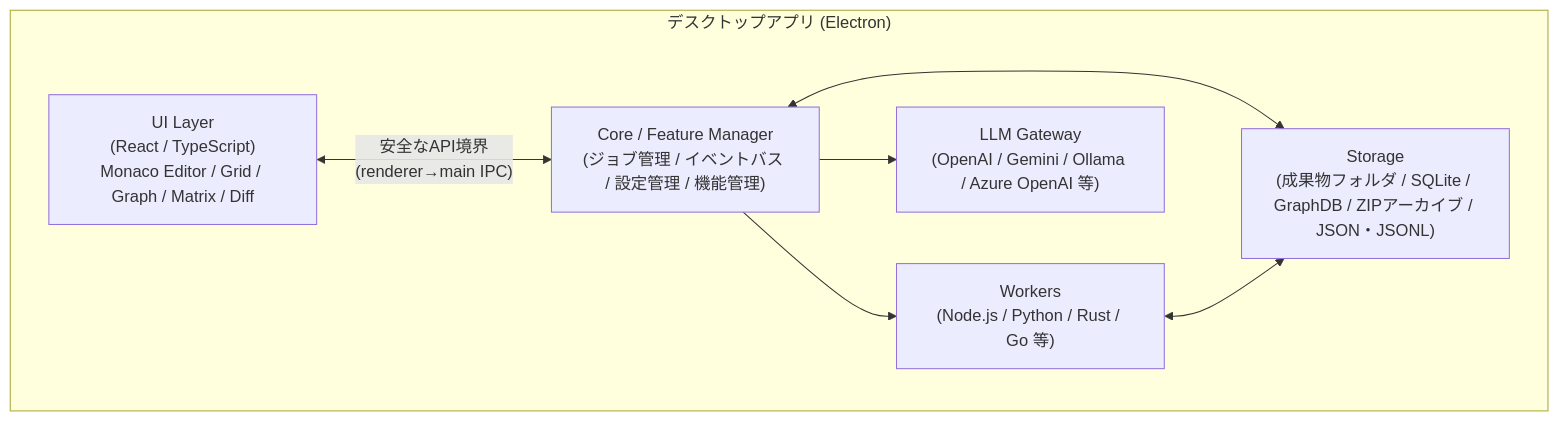
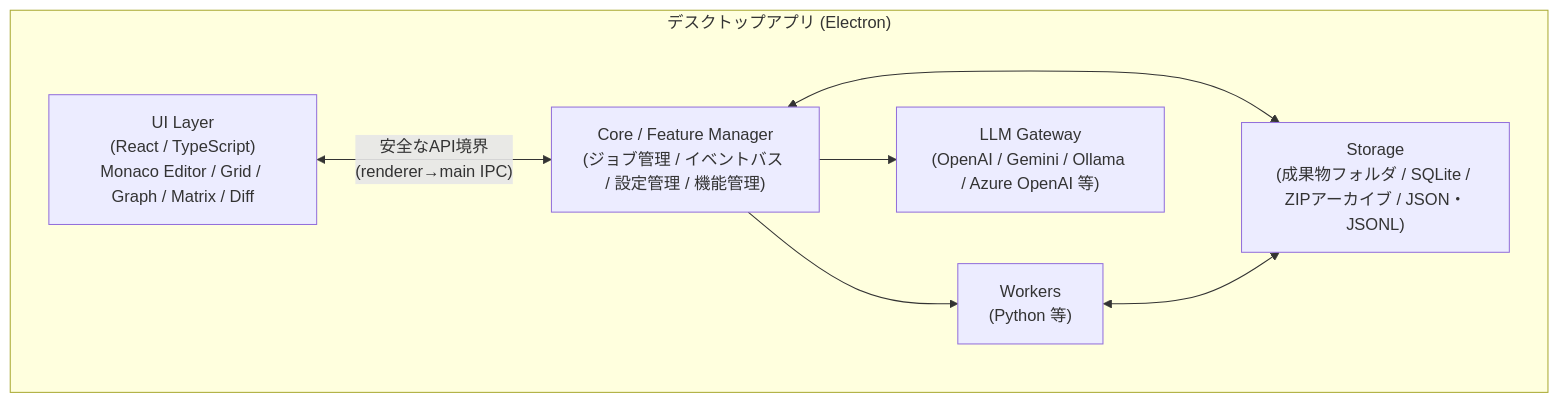
Before and after one commit to kfuruichi0920/d2d: the second of 2 diagrams in docs/srs.md, drawn with Mermaid. The commit also changed other lines of this file and 3 other files, not shown here.

````diff
--- a/docs/srs.md
+++ b/docs/srs.md
@@ -145,16 +145,16 @@
 ```mermaid
 graph TD
     subgraph App["デスクトップアプリ (Electron)"]
         UI["UI Layer\n(React / TypeScript)\nMonaco Editor / Grid / Graph / Matrix / Diff"]
         CORE["Core / Feature Manager\n(ジョブ管理 / イベントバス / 設定管理 / 機能管理)"]
-        WORKER["Workers\n(Node.js / Python / Rust / Go 等)"]
-        STORE["Storage\n(成果物フォルダ / SQLite / GraphDB / ZIPアーカイブ / JSON・JSONL)"]
+        WORKER["Workers\n(Python 等)"]
+        STORE["Storage\n(成果物フォルダ / SQLite / ZIPアーカイブ / JSON・JSONL)"]
         GW["LLM Gateway\n(OpenAI / Gemini / Ollama / Azure OpenAI 等)"]
     end
 
     UI <-->|"安全なAPI境界\n(renderer→main IPC)"| CORE
     CORE --> WORKER
     CORE <--> STORE
     CORE --> GW
     WORKER <--> STORE
 ```
````
